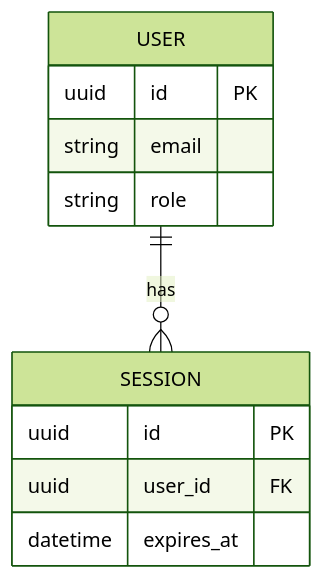
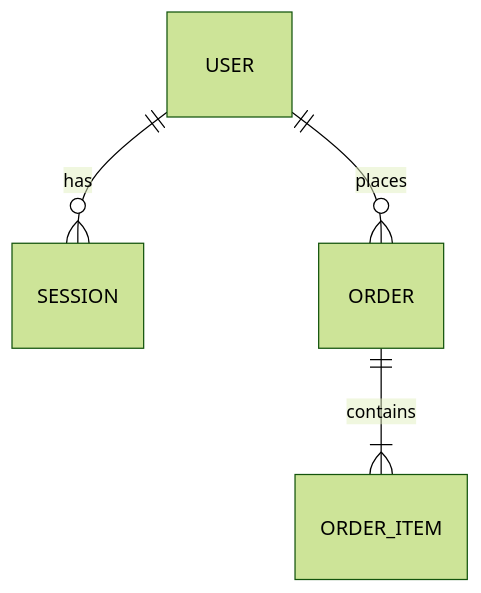
Before and after one commit to cacom127/AISpec: the diagram in specs/data-model.md, drawn with Mermaid (forest theme). The commit also changed other lines of this file and 4 other files, not shown here.

````diff
--- a/specs/data-model.md
+++ b/specs/data-model.md
@@ -12,14 +14,6 @@
 ```mermaid
 erDiagram
     USER ||--o{ SESSION : has
-    USER {
-        uuid id PK
-        string email
-        string role
-    }
-    SESSION {
-        uuid id PK
-        uuid user_id FK
-        datetime expires_at
-    }
+    USER ||--o{ ORDER : places
+    ORDER ||--|{ ORDER_ITEM : contains
 ```
````
